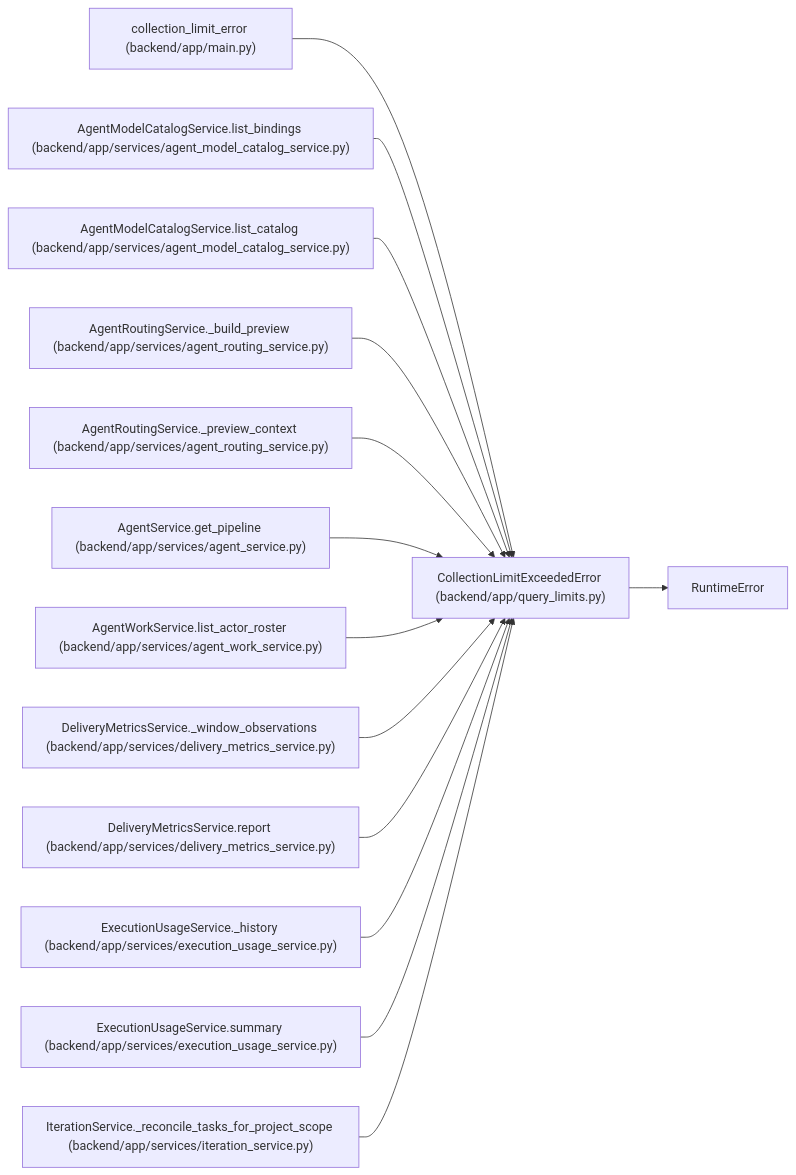
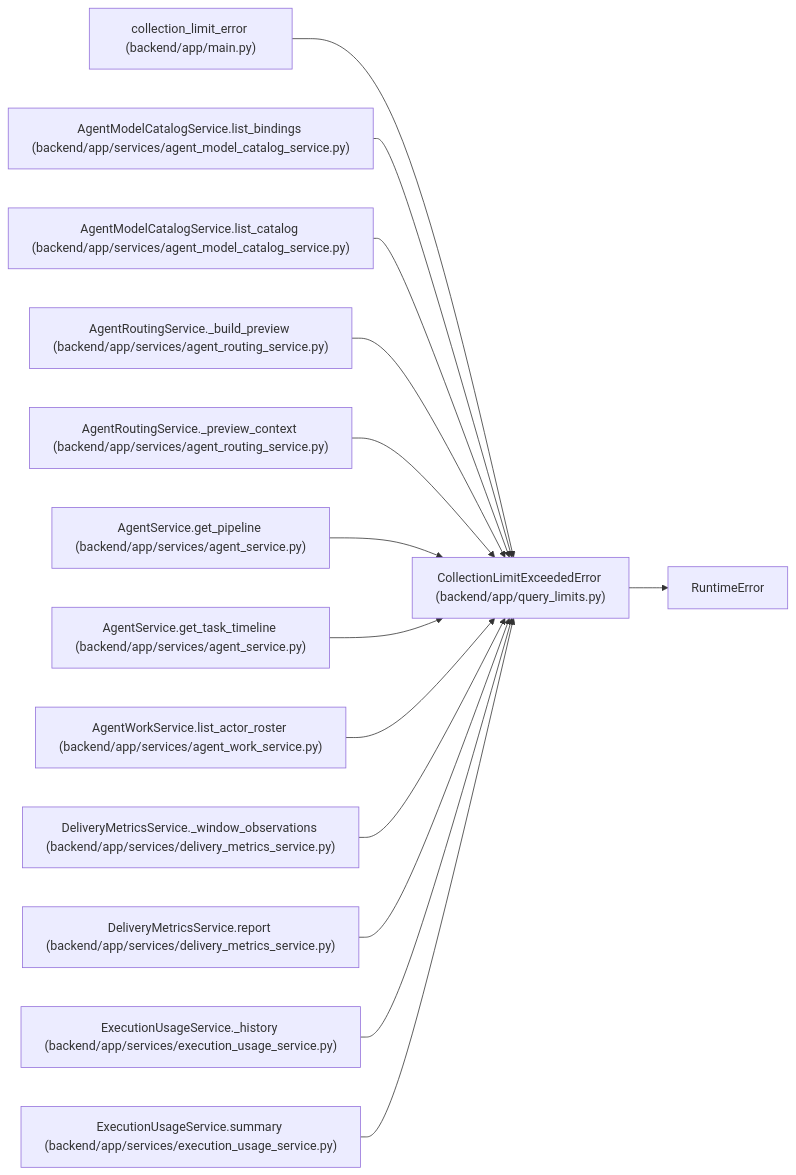
One commit to Denissvgn/WorkChord changed the diagram in docs/llm_wiki/entities/CollectionLimitExceededError.md. Above: the diagram before and after it, drawn with Mermaid. The commit also changed other lines of this file and 2509 other files, not shown here.

````diff
--- a/docs/llm_wiki/entities/CollectionLimitExceededError.md
+++ b/docs/llm_wiki/entities/CollectionLimitExceededError.md
@@ -26,43 +26,43 @@
 ```mermaid
 flowchart LR
     n0["CollectionLimitExceededError (backend/app/query_limits.py)"]
     n1["RuntimeError"]
     n2["collection_limit_error (backend/app/main.py)"]
     n3["AgentModelCatalogService.list_bindings (backend/app/services/agent_model_catalog_service.py)"]
     n4["AgentModelCatalogService.list_catalog (backend/app/services/agent_model_catalog_service.py)"]
     n5["AgentRoutingService._build_preview (backend/app/services/agent_routing_service.py)"]
     n6["AgentRoutingService._preview_context (backend/app/services/agent_routing_service.py)"]
     n7["AgentService.get_pipeline (backend/app/services/agent_service.py)"]
-    n8["AgentWorkService.list_actor_roster (backend/app/services/agent_work_service.py)"]
-    n9["DeliveryMetricsService._window_observations (backend/app/services/delivery_metrics_service.py)"]
-    n10["DeliveryMetricsService.report (backend/app/services/delivery_metrics_service.py)"]
-    n11["ExecutionUsageService._history (backend/app/services/execution_usage_service.py)"]
-    n12["ExecutionUsageService.summary (backend/app/services/execution_usage_service.py)"]
-    n13["IterationService._reconcile_tasks_for_project_scope (backend/app/services/iteration_service.py)"]
+    n8["AgentService.get_task_timeline (backend/app/services/agent_service.py)"]
+    n9["AgentWorkService.list_actor_roster (backend/app/services/agent_work_service.py)"]
+    n10["DeliveryMetricsService._window_observations (backend/app/services/delivery_metrics_service.py)"]
+    n11["DeliveryMetricsService.report (backend/app/services/delivery_metrics_service.py)"]
+    n12["ExecutionUsageService._history (backend/app/services/execution_usage_service.py)"]
+    n13["ExecutionUsageService.summary (backend/app/services/execution_usage_service.py)"]
     n0 --> n1
     n2 --> n0
     n3 --> n0
     n4 --> n0
     n5 --> n0
     n6 --> n0
     n7 --> n0
     n8 --> n0
     n9 --> n0
     n10 --> n0
     n11 --> n0
     n12 --> n0
     n13 --> n0
     click n0 "../modules/query_limits.md"
     click n2 "../modules/app_main.md"
     click n3 "../modules/agent_model_catalog_service.md"
     click n4 "../modules/agent_model_catalog_service.md"
     click n5 "../modules/agent_routing_service.md"
     click n6 "../modules/agent_routing_service.md"
     click n7 "../modules/agent_service.md"
-    click n8 "../modules/agent_work_service.md"
-    click n9 "../modules/delivery_metrics_service.md"
+    click n8 "../modules/agent_service.md"
+    click n9 "../modules/agent_work_service.md"
     click n10 "../modules/delivery_metrics_service.md"
-    click n11 "../modules/execution_usage_service.md"
+    click n11 "../modules/delivery_metrics_service.md"
     click n12 "../modules/execution_usage_service.md"
-    click n13 "../modules/iteration_service.md"
+    click n13 "../modules/execution_usage_service.md"
 ```
````
